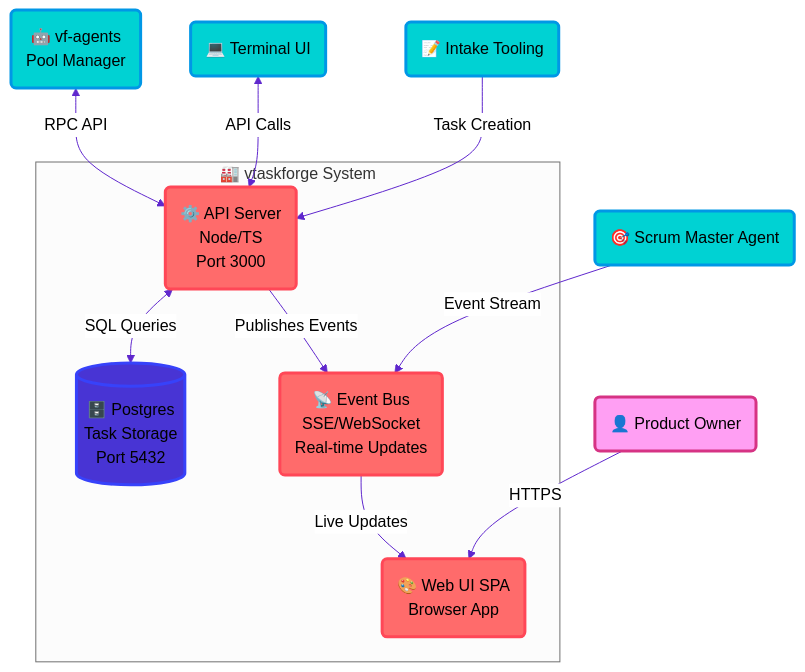
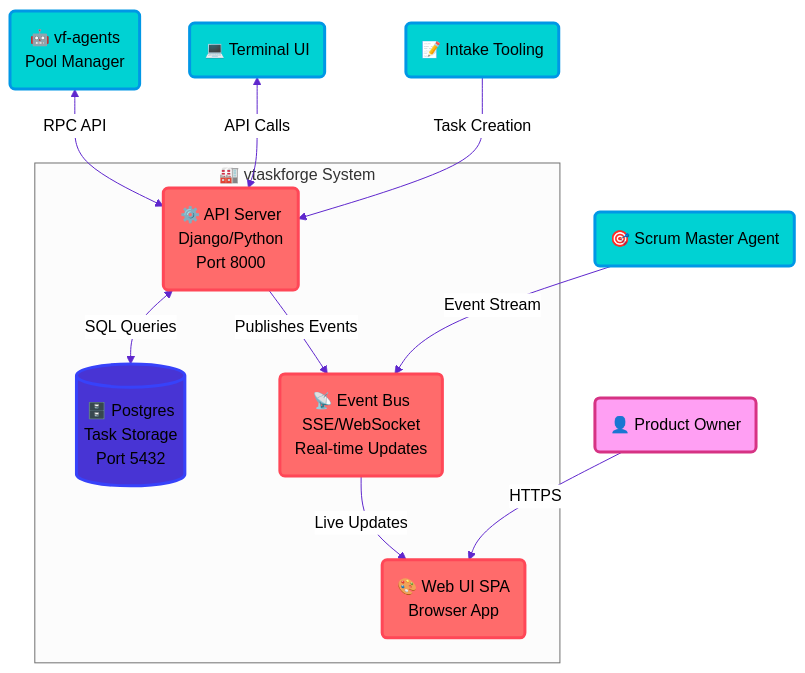
One commit to vilosource/vtaskforge changed the second of 6 diagrams in docs/actor-model-DESIGN.md. Above: the diagram before and after it, drawn with Mermaid. The commit also changed other lines of this file and 2 other files, not shown here.

First line of the commit message:
Update tech stack from Node/TS to Django/Python

````diff
--- a/docs/actor-model-DESIGN.md
+++ b/docs/actor-model-DESIGN.md
@@ -94,52 +94,52 @@
 ```mermaid
 %%{init: {
   "theme": "neutral",
   "themeVariables": {
     "primaryColor": "#ff6b6b",
     "primaryTextColor": "#000",
     "primaryBorderColor": "#ff4757",
     "lineColor": "#5f27cd",
     "secondaryColor": "#00d2d3",
     "tertiaryColor": "#ff9ff3"
   },
   "flowchart": {
     "nodeSpacing": 50,
     "rankSpacing": 50,
     "curve": "basis"
   }
 }}%%
 
 flowchart TB
     subgraph "🏭 vtaskforge System"
-        API("⚙️ API Server<br/>Node/TS<br/>Port 3000")
+        API("⚙️ API Server<br/>Django/Python<br/>Port 8000")
         DB[("🗄️ Postgres<br/>Task Storage<br/>Port 5432")]
         EVENTS("📡 Event Bus<br/>SSE/WebSocket<br/>Real-time Updates")
         WEBSPA("🎨 Web UI SPA<br/>Browser App")
     end
 
     HUMAN("👤 Product Owner")
     AGENTS("🤖 vf-agents<br/>Pool Manager")
     SCRUM("🎯 Scrum Master Agent")
     TUI("💻 Terminal UI")
     INTAKE("📝 Intake Tooling")
 
     HUMAN -->|"HTTPS"| WEBSPA
     AGENTS <-->|"RPC API"| API
     SCRUM -->|"Event Stream"| EVENTS
     TUI <-->|"API Calls"| API
     INTAKE -->|"Task Creation"| API
 
     API <-->|"SQL Queries"| DB
     API -->|"Publishes Events"| EVENTS
     EVENTS -->|"Live Updates"| WEBSPA
 
     classDef container fill:#ff6b6b,stroke:#ff4757,stroke-width:3px,color:#000
     classDef database fill:#4834d4,stroke:#3742fa,stroke-width:3px,color:#000
     classDef external fill:#00d2d3,stroke:#0097e6,stroke-width:3px,color:#000
     classDef person fill:#ff9ff3,stroke:#d63384,stroke-width:3px,color:#000
 
     class API,EVENTS,WEBSPA container
     class DB database
     class AGENTS,SCRUM,TUI,INTAKE external
     class HUMAN person
 ```
````
